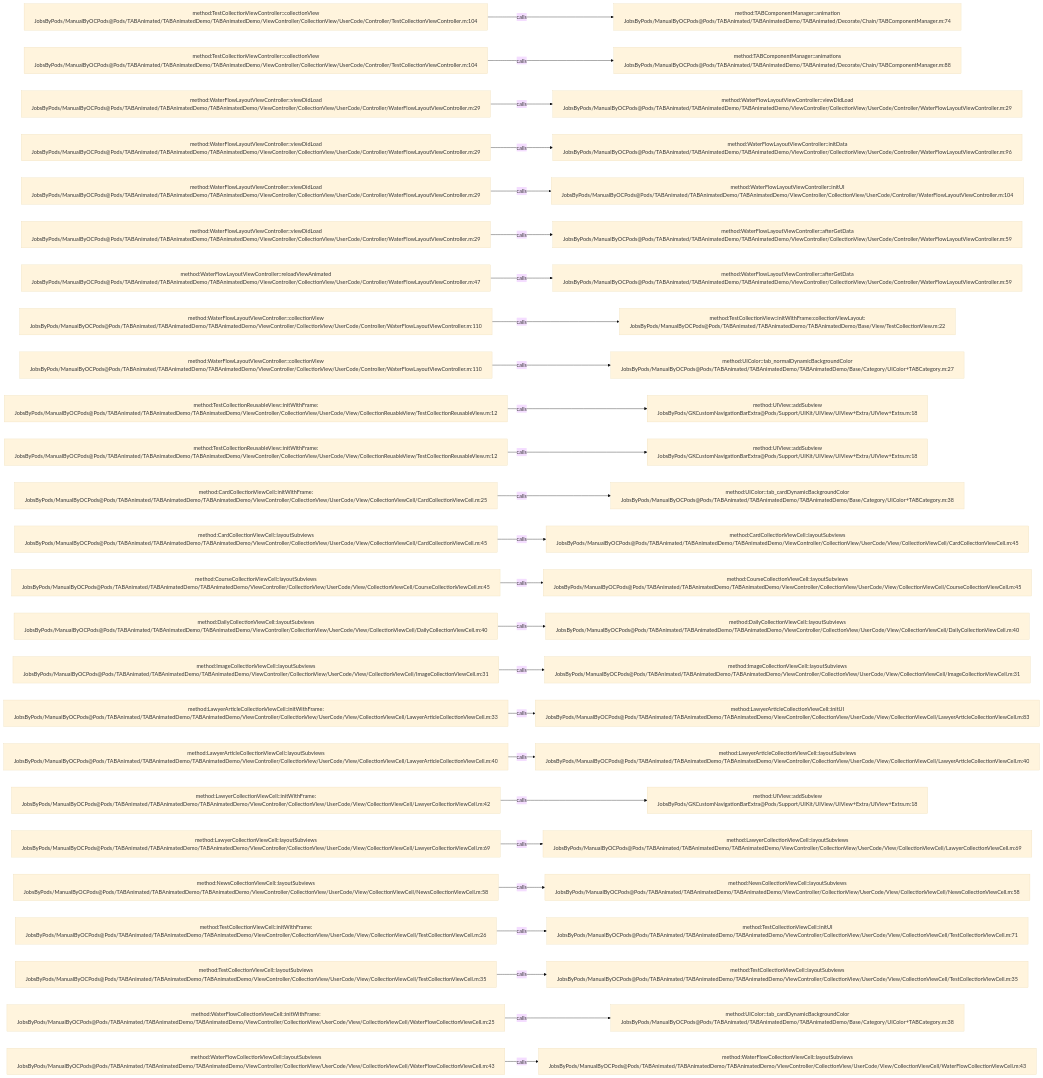
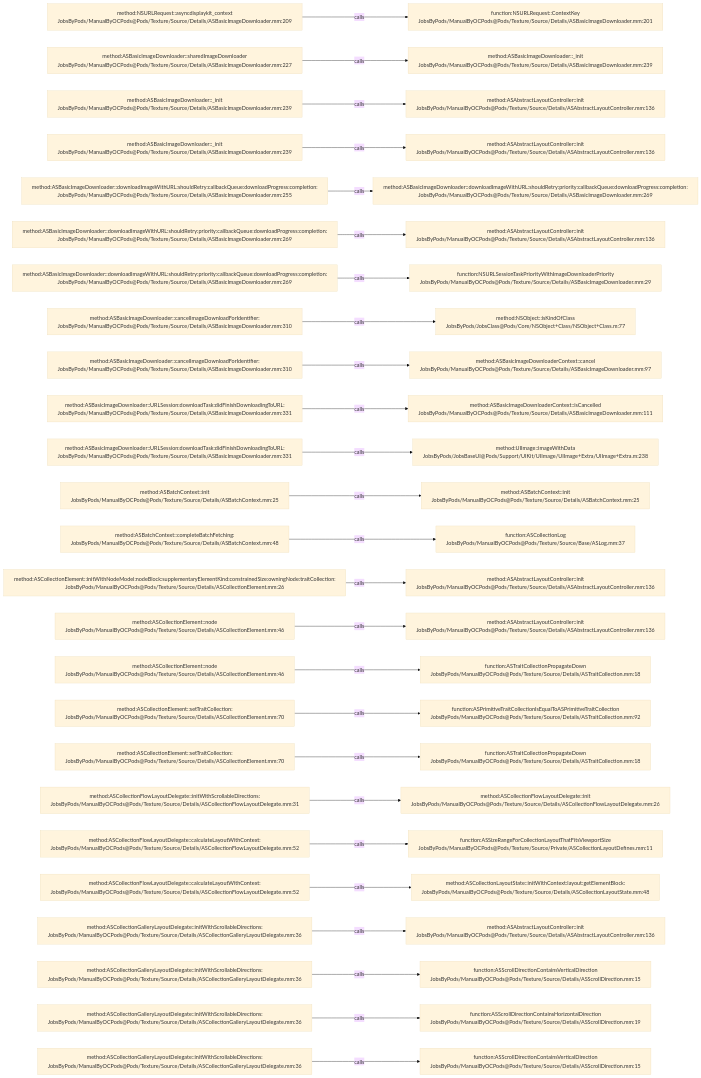
The diagram in .codegraph/codegraph.md/graphs/calls-159.md (JobsKits/JobsOCBaseConfigDemo), drawn with Mermaid (base theme) before and after one commit. The commit also changed 2162 other files, not shown here.

````diff
--- a/.codegraph/codegraph.md/graphs/calls-159.md
+++ b/.codegraph/codegraph.md/graphs/calls-159.md
@@ -13,78 +13,78 @@
 ```mermaid
 flowchart LR
-  S1["method:TestCollectionViewController::collectionView<br/>JobsByPods/ManualByOCPods@Pods/TABAnimated/TABAnimatedDemo/TABAnimatedDemo/ViewController/CollectionView/UserCode/Controller/TestCollectionViewController.m:104"]
-  T1["method:TABComponentManager::animation<br/>JobsByPods/ManualByOCPods@Pods/TABAnimated/TABAnimatedDemo/TABAnimated/Decorate/Chain/TABComponentManager.m:74"]
+  S1["method:NSURLRequest::asyncdisplaykit_context<br/>JobsByPods/ManualByOCPods@Pods/Texture/Source/Details/ASBasicImageDownloader.mm:209"]
+  T1["function:NSURLRequest::ContextKey<br/>JobsByPods/ManualByOCPods@Pods/Texture/Source/Details/ASBasicImageDownloader.mm:201"]
   S1 -->|calls| T1
-  S2["method:TestCollectionViewController::collectionView<br/>JobsByPods/ManualByOCPods@Pods/TABAnimated/TABAnimatedDemo/TABAnimatedDemo/ViewController/CollectionView/UserCode/Controller/TestCollectionViewController.m:104"]
-  T2["method:TABComponentManager::animations<br/>JobsByPods/ManualByOCPods@Pods/TABAnimated/TABAnimatedDemo/TABAnimated/Decorate/Chain/TABComponentManager.m:88"]
+  S2["method:ASBasicImageDownloader::sharedImageDownloader<br/>JobsByPods/ManualByOCPods@Pods/Texture/Source/Details/ASBasicImageDownloader.mm:227"]
+  T2["method:ASBasicImageDownloader::_init<br/>JobsByPods/ManualByOCPods@Pods/Texture/Source/Details/ASBasicImageDownloader.mm:239"]
   S2 -->|calls| T2
-  S3["method:WaterFlowLayoutViewController::viewDidLoad<br/>JobsByPods/ManualByOCPods@Pods/TABAnimated/TABAnimatedDemo/TABAnimatedDemo/ViewController/CollectionView/UserCode/Controller/WaterFlowLayoutViewController.m:29"]
-  T3["method:WaterFlowLayoutViewController::viewDidLoad<br/>JobsByPods/ManualByOCPods@Pods/TABAnimated/TABAnimatedDemo/TABAnimatedDemo/ViewController/CollectionView/UserCode/Controller/WaterFlowLayoutViewController.m:29"]
+  S3["method:ASBasicImageDownloader::_init<br/>JobsByPods/ManualByOCPods@Pods/Texture/Source/Details/ASBasicImageDownloader.mm:239"]
+  T3["method:ASAbstractLayoutController::init<br/>JobsByPods/ManualByOCPods@Pods/Texture/Source/Details/ASAbstractLayoutController.mm:136"]
   S3 -->|calls| T3
-  S4["method:WaterFlowLayoutViewController::viewDidLoad<br/>JobsByPods/ManualByOCPods@Pods/TABAnimated/TABAnimatedDemo/TABAnimatedDemo/ViewController/CollectionView/UserCode/Controller/WaterFlowLayoutViewController.m:29"]
-  T4["method:WaterFlowLayoutViewController::initData<br/>JobsByPods/ManualByOCPods@Pods/TABAnimated/TABAnimatedDemo/TABAnimatedDemo/ViewController/CollectionView/UserCode/Controller/WaterFlowLayoutViewController.m:96"]
+  S4["method:ASBasicImageDownloader::_init<br/>JobsByPods/ManualByOCPods@Pods/Texture/Source/Details/ASBasicImageDownloader.mm:239"]
+  T4["method:ASAbstractLayoutController::init<br/>JobsByPods/ManualByOCPods@Pods/Texture/Source/Details/ASAbstractLayoutController.mm:136"]
   S4 -->|calls| T4
-  S5["method:WaterFlowLayoutViewController::viewDidLoad<br/>JobsByPods/ManualByOCPods@Pods/TABAnimated/TABAnimatedDemo/TABAnimatedDemo/ViewController/CollectionView/UserCode/Controller/WaterFlowLayoutViewController.m:29"]
-  T5["method:WaterFlowLayoutViewController::initUI<br/>JobsByPods/ManualByOCPods@Pods/TABAnimated/TABAnimatedDemo/TABAnimatedDemo/ViewController/CollectionView/UserCode/Controller/WaterFlowLayoutViewController.m:104"]
+  S5["method:ASBasicImageDownloader::downloadImageWithURL:shouldRetry:callbackQueue:downloadProgress:completion:<br/>JobsByPods/ManualByOCPods@Pods/Texture/Source/Details/ASBasicImageDownloader.mm:255"]
+  T5["method:ASBasicImageDownloader::downloadImageWithURL:shouldRetry:priority:callbackQueue:downloadProgress:completion:<br/>JobsByPods/ManualByOCPods@Pods/Texture/Source/Details/ASBasicImageDownloader.mm:269"]
   S5 -->|calls| T5
-  S6["method:WaterFlowLayoutViewController::viewDidLoad<br/>JobsByPods/ManualByOCPods@Pods/TABAnimated/TABAnimatedDemo/TABAnimatedDemo/ViewController/CollectionView/UserCode/Controller/WaterFlowLayoutViewController.m:29"]
-  T6["method:WaterFlowLayoutViewController::afterGetData<br/>JobsByPods/ManualByOCPods@Pods/TABAnimated/TABAnimatedDemo/TABAnimatedDemo/ViewController/CollectionView/UserCode/Controller/WaterFlowLayoutViewController.m:59"]
+  S6["method:ASBasicImageDownloader::downloadImageWithURL:shouldRetry:priority:callbackQueue:downloadProgress:completion:<br/>JobsByPods/ManualByOCPods@Pods/Texture/Source/Details/ASBasicImageDownloader.mm:269"]
+  T6["method:ASAbstractLayoutController::init<br/>JobsByPods/ManualByOCPods@Pods/Texture/Source/Details/ASAbstractLayoutController.mm:136"]
   S6 -->|calls| T6
-  S7["method:WaterFlowLayoutViewController::reloadViewAnimated<br/>JobsByPods/ManualByOCPods@Pods/TABAnimated/TABAnimatedDemo/TABAnimatedDemo/ViewController/CollectionView/UserCode/Controller/WaterFlowLayoutViewController.m:47"]
-  T7["method:WaterFlowLayoutViewController::afterGetData<br/>JobsByPods/ManualByOCPods@Pods/TABAnimated/TABAnimatedDemo/TABAnimatedDemo/ViewController/CollectionView/UserCode/Controller/WaterFlowLayoutViewController.m:59"]
+  S7["method:ASBasicImageDownloader::downloadImageWithURL:shouldRetry:priority:callbackQueue:downloadProgress:completion:<br/>JobsByPods/ManualByOCPods@Pods/Texture/Source/Details/ASBasicImageDownloader.mm:269"]
+  T7["function:NSURLSessionTaskPriorityWithImageDownloaderPriority<br/>JobsByPods/ManualByOCPods@Pods/Texture/Source/Details/ASBasicImageDownloader.mm:29"]
   S7 -->|calls| T7
-  S8["method:WaterFlowLayoutViewController::collectionView<br/>JobsByPods/ManualByOCPods@Pods/TABAnimated/TABAnimatedDemo/TABAnimatedDemo/ViewController/CollectionView/UserCode/Controller/WaterFlowLayoutViewController.m:110"]
-  T8["method:TestCollectionView::initWithFrame:collectionViewLayout:<br/>JobsByPods/ManualByOCPods@Pods/TABAnimated/TABAnimatedDemo/TABAnimatedDemo/Base/View/TestCollectionView.m:22"]
+  S8["method:ASBasicImageDownloader::cancelImageDownloadForIdentifier:<br/>JobsByPods/ManualByOCPods@Pods/Texture/Source/Details/ASBasicImageDownloader.mm:310"]
+  T8["method:NSObject::isKindOfClass<br/>JobsByPods/JobsClass@Pods/Core/NSObject+Class/NSObject+Class.m:77"]
   S8 -->|calls| T8
-  S9["method:WaterFlowLayoutViewController::collectionView<br/>JobsByPods/ManualByOCPods@Pods/TABAnimated/TABAnimatedDemo/TABAnimatedDemo/ViewController/CollectionView/UserCode/Controller/WaterFlowLayoutViewController.m:110"]
-  T9["method:UIColor::tab_normalDynamicBackgroundColor<br/>JobsByPods/ManualByOCPods@Pods/TABAnimated/TABAnimatedDemo/TABAnimatedDemo/Base/Category/UIColor+TABCategory.m:27"]
+  S9["method:ASBasicImageDownloader::cancelImageDownloadForIdentifier:<br/>JobsByPods/ManualByOCPods@Pods/Texture/Source/Details/ASBasicImageDownloader.mm:310"]
+  T9["method:ASBasicImageDownloaderContext::cancel<br/>JobsByPods/ManualByOCPods@Pods/Texture/Source/Details/ASBasicImageDownloader.mm:97"]
   S9 -->|calls| T9
-  S10["method:TestCollectionReusableView::initWithFrame:<br/>JobsByPods/ManualByOCPods@Pods/TABAnimated/TABAnimatedDemo/TABAnimatedDemo/ViewController/CollectionView/UserCode/View/CollectionReuableView/TestCollectionReusableView.m:12"]
-  T10["method:UIView::addSubview<br/>JobsByPods/GKCustomNavigationBarExtra@Pods/Support/UIKit/UIView/UIView+Extra/UIView+Extra.m:18"]
+  S10["method:ASBasicImageDownloader::URLSession:downloadTask:didFinishDownloadingToURL:<br/>JobsByPods/ManualByOCPods@Pods/Texture/Source/Details/ASBasicImageDownloader.mm:331"]
+  T10["method:ASBasicImageDownloaderContext::isCancelled<br/>JobsByPods/ManualByOCPods@Pods/Texture/Source/Details/ASBasicImageDownloader.mm:111"]
   S10 -->|calls| T10
-  S11["method:TestCollectionReusableView::initWithFrame:<br/>JobsByPods/ManualByOCPods@Pods/TABAnimated/TABAnimatedDemo/TABAnimatedDemo/ViewController/CollectionView/UserCode/View/CollectionReuableView/TestCollectionReusableView.m:12"]
-  T11["method:UIView::addSubview<br/>JobsByPods/GKCustomNavigationBarExtra@Pods/Support/UIKit/UIView/UIView+Extra/UIView+Extra.m:18"]
+  S11["method:ASBasicImageDownloader::URLSession:downloadTask:didFinishDownloadingToURL:<br/>JobsByPods/ManualByOCPods@Pods/Texture/Source/Details/ASBasicImageDownloader.mm:331"]
+  T11["method:UIImage::imageWithData<br/>JobsByPods/JobsBaseUI@Pods/Support/UIKit/UIImage/UIImage+Extra/UIImage+Extra.m:238"]
   S11 -->|calls| T11
-  S12["method:CardCollectionViewCell::initWithFrame:<br/>JobsByPods/ManualByOCPods@Pods/TABAnimated/TABAnimatedDemo/TABAnimatedDemo/ViewController/CollectionView/UserCode/View/CollectionViewCell/CardCollectionViewCell.m:25"]
-  T12["method:UIColor::tab_cardDynamicBackgroundColor<br/>JobsByPods/ManualByOCPods@Pods/TABAnimated/TABAnimatedDemo/TABAnimatedDemo/Base/Category/UIColor+TABCategory.m:38"]
+  S12["method:ASBatchContext::init<br/>JobsByPods/ManualByOCPods@Pods/Texture/Source/Details/ASBatchContext.mm:25"]
+  T12["method:ASBatchContext::init<br/>JobsByPods/ManualByOCPods@Pods/Texture/Source/Details/ASBatchContext.mm:25"]
   S12 -->|calls| T12
-  S13["method:CardCollectionViewCell::layoutSubviews<br/>JobsByPods/ManualByOCPods@Pods/TABAnimated/TABAnimatedDemo/TABAnimatedDemo/ViewController/CollectionView/UserCode/View/CollectionViewCell/CardCollectionViewCell.m:45"]
-  T13["method:CardCollectionViewCell::layoutSubviews<br/>JobsByPods/ManualByOCPods@Pods/TABAnimated/TABAnimatedDemo/TABAnimatedDemo/ViewController/CollectionView/UserCode/View/CollectionViewCell/CardCollectionViewCell.m:45"]
+  S13["method:ASBatchContext::completeBatchFetching:<br/>JobsByPods/ManualByOCPods@Pods/Texture/Source/Details/ASBatchContext.mm:48"]
+  T13["function:ASCollectionLog<br/>JobsByPods/ManualByOCPods@Pods/Texture/Source/Base/ASLog.mm:37"]
   S13 -->|calls| T13
-  S14["method:CourseCollectionViewCell::layoutSubviews<br/>JobsByPods/ManualByOCPods@Pods/TABAnimated/TABAnimatedDemo/TABAnimatedDemo/ViewController/CollectionView/UserCode/View/CollectionViewCell/CourseCollectionViewCell.m:45"]
-  T14["method:CourseCollectionViewCell::layoutSubviews<br/>JobsByPods/ManualByOCPods@Pods/TABAnimated/TABAnimatedDemo/TABAnimatedDemo/ViewController/CollectionView/UserCode/View/CollectionViewCell/CourseCollectionViewCell.m:45"]
+  S14["method:ASCollectionElement::initWithNodeModel:nodeBlock:supplementaryElementKind:constrainedSize:owningNode:traitCollection:<br/>JobsByPods/ManualByOCPods@Pods/Texture/Source/Details/ASCollectionElement.mm:26"]
+  T14["method:ASAbstractLayoutController::init<br/>JobsByPods/ManualByOCPods@Pods/Texture/Source/Details/ASAbstractLayoutController.mm:136"]
   S14 -->|calls| T14
-  S15["method:DailyCollectionViewCell::layoutSubviews<br/>JobsByPods/ManualByOCPods@Pods/TABAnimated/TABAnimatedDemo/TABAnimatedDemo/ViewController/CollectionView/UserCode/View/CollectionViewCell/DailyCollectionViewCell.m:40"]
-  T15["method:DailyCollectionViewCell::layoutSubviews<br/>JobsByPods/ManualByOCPods@Pods/TABAnimated/TABAnimatedDemo/TABAnimatedDemo/ViewController/CollectionView/UserCode/View/CollectionViewCell/DailyCollectionViewCell.m:40"]
+  S15["method:ASCollectionElement::node<br/>JobsByPods/ManualByOCPods@Pods/Texture/Source/Details/ASCollectionElement.mm:46"]
+  T15["method:ASAbstractLayoutController::init<br/>JobsByPods/ManualByOCPods@Pods/Texture/Source/Details/ASAbstractLayoutController.mm:136"]
   S15 -->|calls| T15
-  S16["method:ImageCollectionViewCell::layoutSubviews<br/>JobsByPods/ManualByOCPods@Pods/TABAnimated/TABAnimatedDemo/TABAnimatedDemo/ViewController/CollectionView/UserCode/View/CollectionViewCell/ImageCollectionViewCell.m:31"]
-  T16["method:ImageCollectionViewCell::layoutSubviews<br/>JobsByPods/ManualByOCPods@Pods/TABAnimated/TABAnimatedDemo/TABAnimatedDemo/ViewController/CollectionView/UserCode/View/CollectionViewCell/ImageCollectionViewCell.m:31"]
+  S16["method:ASCollectionElement::node<br/>JobsByPods/ManualByOCPods@Pods/Texture/Source/Details/ASCollectionElement.mm:46"]
+  T16["function:ASTraitCollectionPropagateDown<br/>JobsByPods/ManualByOCPods@Pods/Texture/Source/Details/ASTraitCollection.mm:18"]
   S16 -->|calls| T16
-  S17["method:LawyerArticleCollectionViewCell::initWithFrame:<br/>JobsByPods/ManualByOCPods@Pods/TABAnimated/TABAnimatedDemo/TABAnimatedDemo/ViewController/CollectionView/UserCode/View/CollectionViewCell/LawyerArticleCollectionViewCell.m:33"]
-  T17["method:LawyerArticleCollectionViewCell::initUI<br/>JobsByPods/ManualByOCPods@Pods/TABAnimated/TABAnimatedDemo/TABAnimatedDemo/ViewController/CollectionView/UserCode/View/CollectionViewCell/LawyerArticleCollectionViewCell.m:83"]
+  S17["method:ASCollectionElement::setTraitCollection:<br/>JobsByPods/ManualByOCPods@Pods/Texture/Source/Details/ASCollectionElement.mm:70"]
+  T17["function:ASPrimitiveTraitCollectionIsEqualToASPrimitiveTraitCollection<br/>JobsByPods/ManualByOCPods@Pods/Texture/Source/Details/ASTraitCollection.mm:92"]
   S17 -->|calls| T17
-  S18["method:LawyerArticleCollectionViewCell::layoutSubviews<br/>JobsByPods/ManualByOCPods@Pods/TABAnimated/TABAnimatedDemo/TABAnimatedDemo/ViewController/CollectionView/UserCode/View/CollectionViewCell/LawyerArticleCollectionViewCell.m:40"]
-  T18["method:LawyerArticleCollectionViewCell::layoutSubviews<br/>JobsByPods/ManualByOCPods@Pods/TABAnimated/TABAnimatedDemo/TABAnimatedDemo/ViewController/CollectionView/UserCode/View/CollectionViewCell/LawyerArticleCollectionViewCell.m:40"]
+  S18["method:ASCollectionElement::setTraitCollection:<br/>JobsByPods/ManualByOCPods@Pods/Texture/Source/Details/ASCollectionElement.mm:70"]
+  T18["function:ASTraitCollectionPropagateDown<br/>JobsByPods/ManualByOCPods@Pods/Texture/Source/Details/ASTraitCollection.mm:18"]
   S18 -->|calls| T18
-  S19["method:LawyerCollectionViewCell::initWithFrame:<br/>JobsByPods/ManualByOCPods@Pods/TABAnimated/TABAnimatedDemo/TABAnimatedDemo/ViewController/CollectionView/UserCode/View/CollectionViewCell/LawyerCollectionViewCell.m:42"]
-  T19["method:UIView::addSubview<br/>JobsByPods/GKCustomNavigationBarExtra@Pods/Support/UIKit/UIView/UIView+Extra/UIView+Extra.m:18"]
+  S19["method:ASCollectionFlowLayoutDelegate::initWithScrollableDirections:<br/>JobsByPods/ManualByOCPods@Pods/Texture/Source/Details/ASCollectionFlowLayoutDelegate.mm:31"]
+  T19["method:ASCollectionFlowLayoutDelegate::init<br/>JobsByPods/ManualByOCPods@Pods/Texture/Source/Details/ASCollectionFlowLayoutDelegate.mm:26"]
   S19 -->|calls| T19
-  S20["method:LawyerCollectionViewCell::layoutSubviews<br/>JobsByPods/ManualByOCPods@Pods/TABAnimated/TABAnimatedDemo/TABAnimatedDemo/ViewController/CollectionView/UserCode/View/CollectionViewCell/LawyerCollectionViewCell.m:69"]
-  T20["method:LawyerCollectionViewCell::layoutSubviews<br/>JobsByPods/ManualByOCPods@Pods/TABAnimated/TABAnimatedDemo/TABAnimatedDemo/ViewController/CollectionView/UserCode/View/CollectionViewCell/LawyerCollectionViewCell.m:69"]
+  S20["method:ASCollectionFlowLayoutDelegate::calculateLayoutWithContext:<br/>JobsByPods/ManualByOCPods@Pods/Texture/Source/Details/ASCollectionFlowLayoutDelegate.mm:52"]
+  T20["function:ASSizeRangeForCollectionLayoutThatFitsViewportSize<br/>JobsByPods/ManualByOCPods@Pods/Texture/Source/Private/ASCollectionLayoutDefines.mm:11"]
   S20 -->|calls| T20
-  S21["method:NewsCollectionViewCell::layoutSubviews<br/>JobsByPods/ManualByOCPods@Pods/TABAnimated/TABAnimatedDemo/TABAnimatedDemo/ViewController/CollectionView/UserCode/View/CollectionViewCell/NewsCollectionViewCell.m:58"]
-  T21["method:NewsCollectionViewCell::layoutSubviews<br/>JobsByPods/ManualByOCPods@Pods/TABAnimated/TABAnimatedDemo/TABAnimatedDemo/ViewController/CollectionView/UserCode/View/CollectionViewCell/NewsCollectionViewCell.m:58"]
+  S21["method:ASCollectionFlowLayoutDelegate::calculateLayoutWithContext:<br/>JobsByPods/ManualByOCPods@Pods/Texture/Source/Details/ASCollectionFlowLayoutDelegate.mm:52"]
+  T21["method:ASCollectionLayoutState::initWithContext:layout:getElementBlock:<br/>JobsByPods/ManualByOCPods@Pods/Texture/Source/Details/ASCollectionLayoutState.mm:48"]
   S21 -->|calls| T21
-  S22["method:TestCollectionViewCell::initWithFrame:<br/>JobsByPods/ManualByOCPods@Pods/TABAnimated/TABAnimatedDemo/TABAnimatedDemo/ViewController/CollectionView/UserCode/View/CollectionViewCell/TestCollectionViewCell.m:26"]
-  T22["method:TestCollectionViewCell::initUI<br/>JobsByPods/ManualByOCPods@Pods/TABAnimated/TABAnimatedDemo/TABAnimatedDemo/ViewController/CollectionView/UserCode/View/CollectionViewCell/TestCollectionViewCell.m:71"]
+  S22["method:ASCollectionGalleryLayoutDelegate::initWithScrollableDirections:<br/>JobsByPods/ManualByOCPods@Pods/Texture/Source/Details/ASCollectionGalleryLayoutDelegate.mm:36"]
+  T22["method:ASAbstractLayoutController::init<br/>JobsByPods/ManualByOCPods@Pods/Texture/Source/Details/ASAbstractLayoutController.mm:136"]
   S22 -->|calls| T22
-  S23["method:TestCollectionViewCell::layoutSubviews<br/>JobsByPods/ManualByOCPods@Pods/TABAnimated/TABAnimatedDemo/TABAnimatedDemo/ViewController/CollectionView/UserCode/View/CollectionViewCell/TestCollectionViewCell.m:35"]
-  T23["method:TestCollectionViewCell::layoutSubviews<br/>JobsByPods/ManualByOCPods@Pods/TABAnimated/TABAnimatedDemo/TABAnimatedDemo/ViewController/CollectionView/UserCode/View/CollectionViewCell/TestCollectionViewCell.m:35"]
+  S23["method:ASCollectionGalleryLayoutDelegate::initWithScrollableDirections:<br/>JobsByPods/ManualByOCPods@Pods/Texture/Source/Details/ASCollectionGalleryLayoutDelegate.mm:36"]
+  T23["function:ASScrollDirectionContainsVerticalDirection<br/>JobsByPods/ManualByOCPods@Pods/Texture/Source/Details/ASScrollDirection.mm:15"]
   S23 -->|calls| T23
-  S24["method:WaterFlowCollectionViewCell::initWithFrame:<br/>JobsByPods/ManualByOCPods@Pods/TABAnimated/TABAnimatedDemo/TABAnimatedDemo/ViewController/CollectionView/UserCode/View/CollectionViewCell/WaterFlowCollectionViewCell.m:25"]
-  T24["method:UIColor::tab_cardDynamicBackgroundColor<br/>JobsByPods/ManualByOCPods@Pods/TABAnimated/TABAnimatedDemo/TABAnimatedDemo/Base/Category/UIColor+TABCategory.m:38"]
+  S24["method:ASCollectionGalleryLayoutDelegate::initWithScrollableDirections:<br/>JobsByPods/ManualByOCPods@Pods/Texture/Source/Details/ASCollectionGalleryLayoutDelegate.mm:36"]
+  T24["function:ASScrollDirectionContainsHorizontalDirection<br/>JobsByPods/ManualByOCPods@Pods/Texture/Source/Details/ASScrollDirection.mm:19"]
   S24 -->|calls| T24
-  S25["method:WaterFlowCollectionViewCell::layoutSubviews<br/>JobsByPods/ManualByOCPods@Pods/TABAnimated/TABAnimatedDemo/TABAnimatedDemo/ViewController/CollectionView/UserCode/View/CollectionViewCell/WaterFlowCollectionViewCell.m:43"]
-  T25["method:WaterFlowCollectionViewCell::layoutSubviews<br/>JobsByPods/ManualByOCPods@Pods/TABAnimated/TABAnimatedDemo/TABAnimatedDemo/ViewController/CollectionView/UserCode/View/CollectionViewCell/WaterFlowCollectionViewCell.m:43"]
+  S25["method:ASCollectionGalleryLayoutDelegate::initWithScrollableDirections:<br/>JobsByPods/ManualByOCPods@Pods/Texture/Source/Details/ASCollectionGalleryLayoutDelegate.mm:36"]
+  T25["function:ASScrollDirectionContainsVerticalDirection<br/>JobsByPods/ManualByOCPods@Pods/Texture/Source/Details/ASScrollDirection.mm:15"]
   S25 -->|calls| T25
 ```
````
